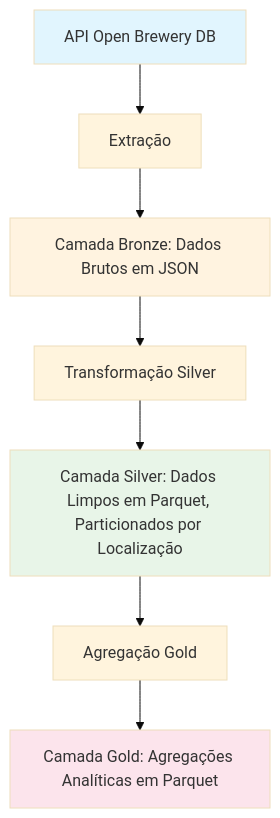
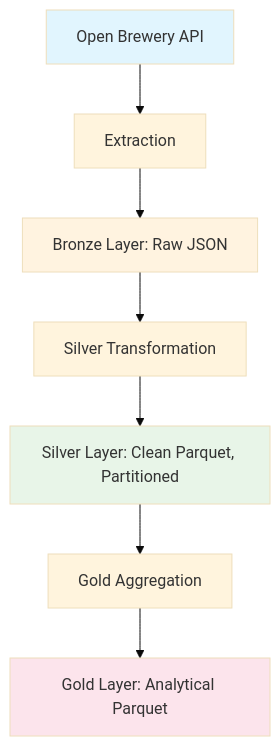
Before and after one commit to abnerrbarreto-dataEng/Tech_Challenge_Data_Engineer: the diagram in README.md, drawn with Mermaid (base theme). The commit also changed other lines of this file and 28 other files, not shown here.

````diff
--- a/README.md
+++ b/README.md
@@ -107,14 +112,14 @@
 ```mermaid
 graph TD
-    A[API Open Brewery DB] --> B[Extração]
-    B --> C[Camada Bronze: Dados Brutos em JSON]
-    C --> D[Transformação Silver]
-    D --> E[Camada Silver: Dados Limpos em Parquet, Particionados por Localização]
-    E --> F[Agregação Gold]
-    F --> G[Camada Gold: Agregações Analíticas em Parquet]
+    A[Open Brewery API] --> B[Extraction]
+    B --> C[Bronze Layer: Raw JSON]
+    C --> D[Silver Transformation]
+    D --> E[Silver Layer: Clean Parquet, Partitioned]
+    E --> F[Gold Aggregation]
+    F --> G[Gold Layer: Analytical Parquet]
     
     style A fill:#e1f5fe
     style C fill:#fff3e0
     style E fill:#e8f5e8
     style G fill:#fce4ec
 ```
````
